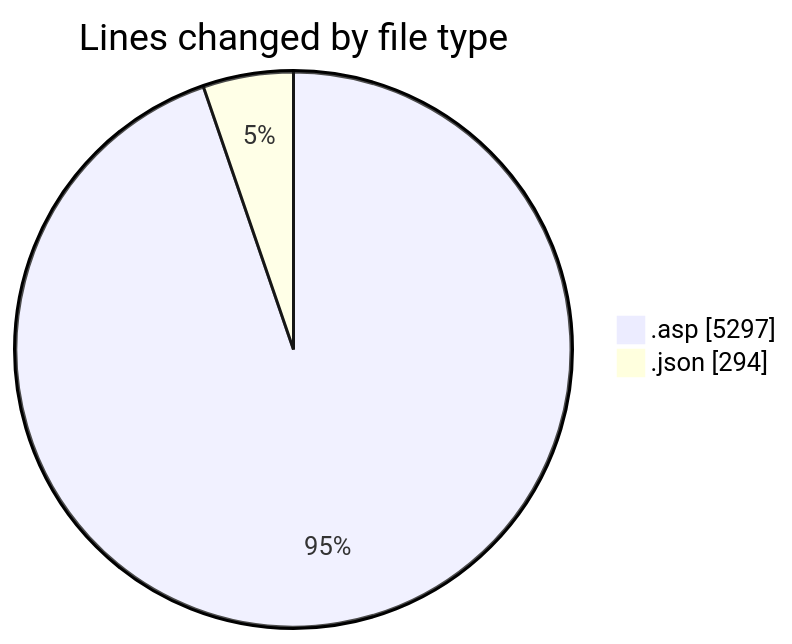
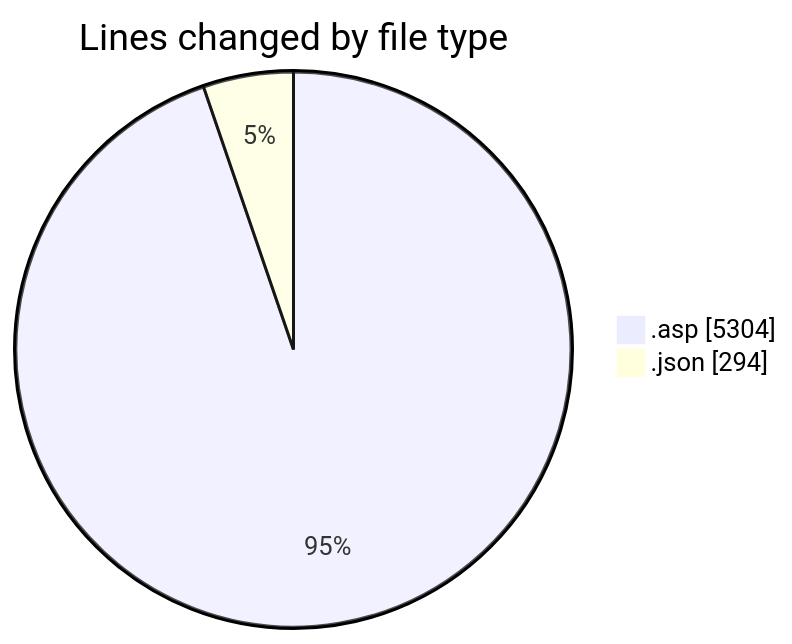
The first of 2 diagrams in 2025-10-27/usr_aleoudev_fr__workspace_/README.md (julien-gomy/code-tracking), drawn with Mermaid before and after one commit. The commit also changed other lines of this file and 1 other file, not shown here.

````diff
--- a/2025-10-27/usr_aleoudev_fr__workspace_/README.md
+++ b/2025-10-27/usr_aleoudev_fr__workspace_/README.md
@@ -26,6 +26,6 @@
 ```mermaid
 pie showData
 title Lines changed by file type
-".asp" : 5297
+".asp" : 5304
 ".json" : 294
 ```
````
